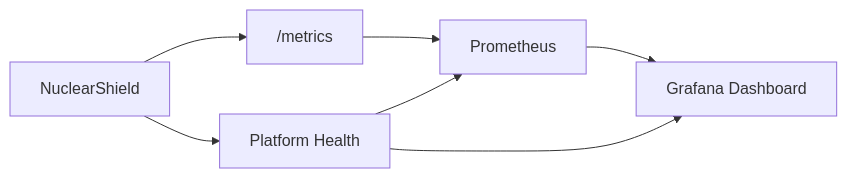
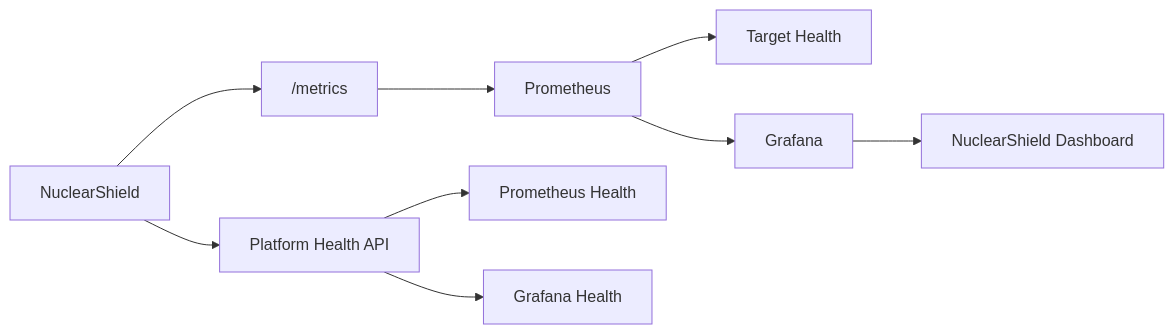
One commit to ruveeha33/NuclearShield changed the fourth of 6 diagrams in README.md. Above: the diagram before and after it, drawn with Mermaid. The commit also changed other lines of this file, not shown here.

````diff
--- a/README.md
+++ b/README.md
@@ -492,10 +514,17 @@
 ```mermaid
 flowchart LR
-    NS["NuclearShield"] --> MET["/metrics"]
-    MET --> PROM["Prometheus"]
-    PROM --> GRAF["Grafana Dashboard"]
 
-    NS --> HEALTH["Platform Health"]
-    HEALTH --> PROM
-    HEALTH --> GRAF
+    NS["NuclearShield"] --> METRICS["/metrics"]
+
+    METRICS --> PROM["Prometheus"]
+
+    PROM --> TARGETS["Target Health"]
+    PROM --> GRAF["Grafana"]
+
+    GRAF --> DASH["NuclearShield Dashboard"]
+
+    NS --> STATUS["Platform Health API"]
+
+    STATUS --> PHEALTH["Prometheus Health"]
+    STATUS --> GHEALTH["Grafana Health"]
 ```
````
